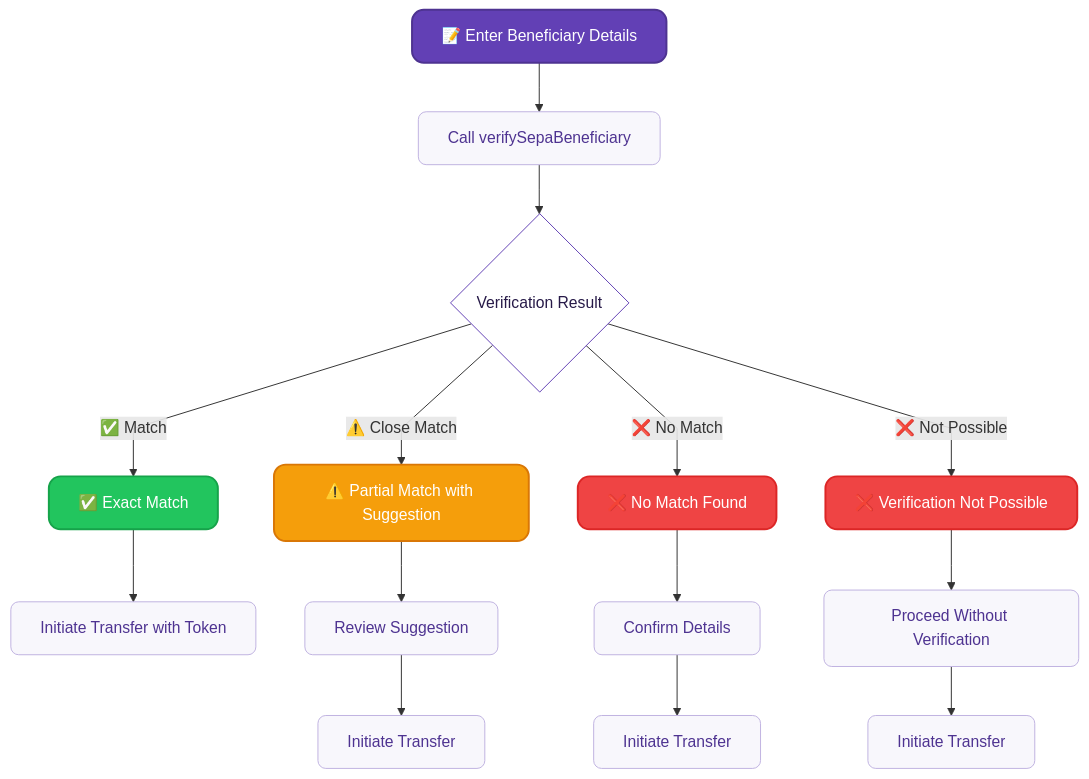
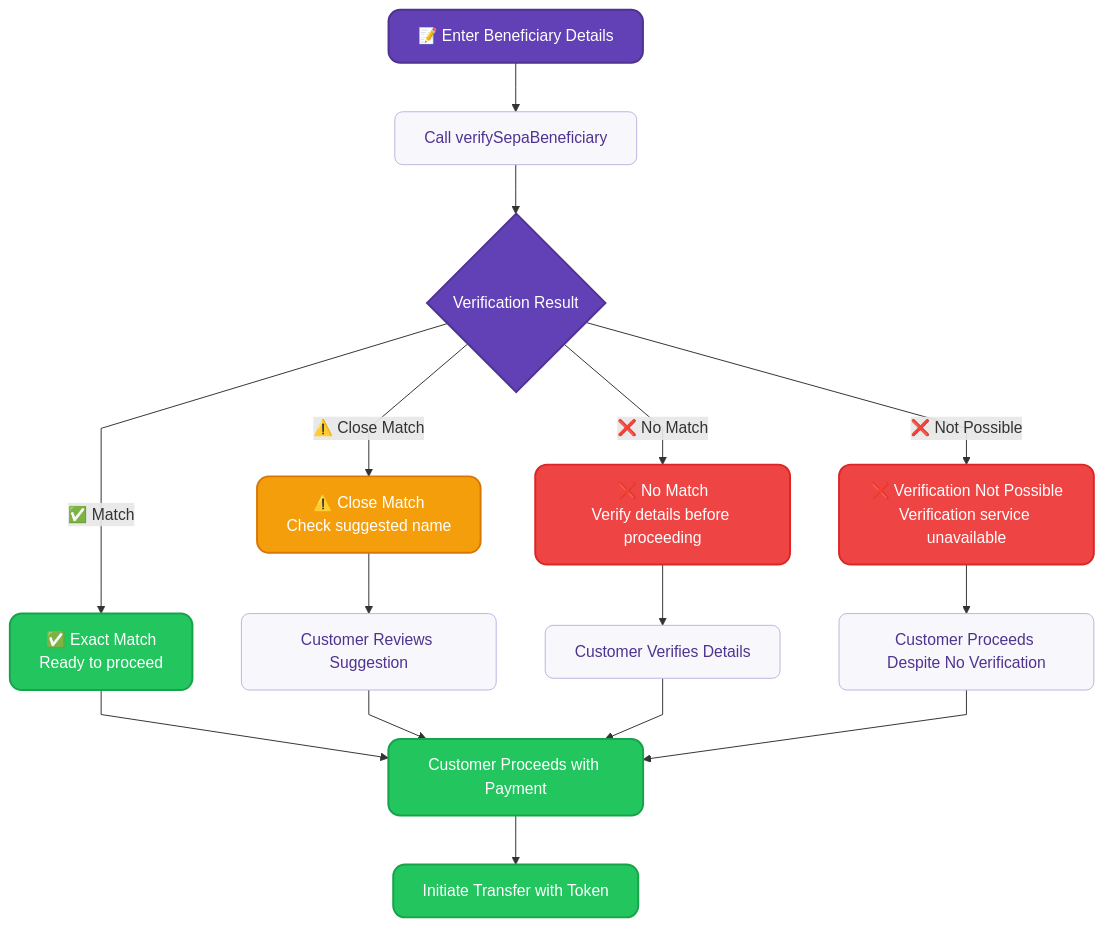
One commit to swan-io/docs changed the second of 2 diagrams in docs/topics/payments/credit-transfers/sepa/verification-of-payee.mdx. Above: the diagram before and after it, drawn with Mermaid. The commit also changed other lines of this file, not shown here.

Commit message:
Clarified payment proceeds

````diff
--- a/docs/topics/payments/credit-transfers/sepa/verification-of-payee.mdx
+++ b/docs/topics/payments/credit-transfers/sepa/verification-of-payee.mdx
@@ -151,31 +151,38 @@
 ```mermaid
 %%{ init: { 'flowchart': { 'curve': 'linear' } } }%%
 flowchart TD
     A["📝 Enter Beneficiary Details"] --> B[Call verifySepaBeneficiary]
     B --> C{Verification Result}
-    C -->|"✅ Match"| D["✅ Exact Match"]
-    C -->|"⚠️ Close Match"| E["⚠️ Partial Match with Suggestion"]
-    C -->|"❌ No Match"| F["❌ No Match Found"]
-    C -->|"❌ Not Possible"| G["❌ Verification Not Possible"]
-    D --> H[Initiate Transfer with Token]
-    E --> I[Review Suggestion]
-    F --> J[Confirm Details]
-    G --> K[Proceed Without Verification]
-    I --> L[Initiate Transfer]
-    J --> M[Initiate Transfer]
-    K --> N[Initiate Transfer]
+    C -->|"✅ Match"| D["✅ Exact Match<br/>Ready to proceed"]
+    C -->|"⚠️ Close Match"| E["⚠️ Close Match<br/>Check suggested name"]
+    C -->|"❌ No Match"| F["❌ No Match<br/>Verify details before proceeding"]
+    C -->|"❌ Not Possible"| G["❌ Verification Not Possible<br/>Verification service unavailable"]
+    
+    D --> H["Customer Proceeds with Payment"]
+    E --> I["Customer Reviews Suggestion"]
+    F --> J["Customer Verifies Details"]
+    G --> K["Customer Proceeds Despite No Verification"]
+    
+    I --> H
+    J --> H
+    K --> H
+    
+    H --> L["Initiate Transfer with Token"]
     
     classDef default fill:#ffffff,stroke:#6240b5,stroke-width:1px,color:#271a48,rx:12,ry:12
     classDef input fill:#6240b5,stroke:#4e3391,stroke-width:2px,color:#ffffff,rx:12,ry:12
     classDef decision fill:#6240b5,stroke:#4e3391,stroke-width:2px,color:#ffffff,rx:20,ry:20
     classDef success fill:#22c55e,stroke:#16a34a,stroke-width:2px,color:#ffffff,rx:12,ry:12
     classDef warning fill:#f59e0b,stroke:#d97706,stroke-width:2px,color:#ffffff,rx:12,ry:12
     classDef error fill:#ef4444,stroke:#dc2626,stroke-width:2px,color:#ffffff,rx:12,ry:12
     classDef process fill:#f8f7fc,stroke:#c0b3e1,stroke-width:1px,color:#4e3391,rx:8,ry:8
+    classDef final fill:#22c55e,stroke:#16a34a,stroke-width:2px,color:#ffffff,rx:12,ry:12
     
     class A input
+    class C decision
     class D success
     class E warning
     class F,G error
-    class B,H,I,J,K,L,M,N process
+    class B,I,J,K process
+    class H,L final
 ```
````
